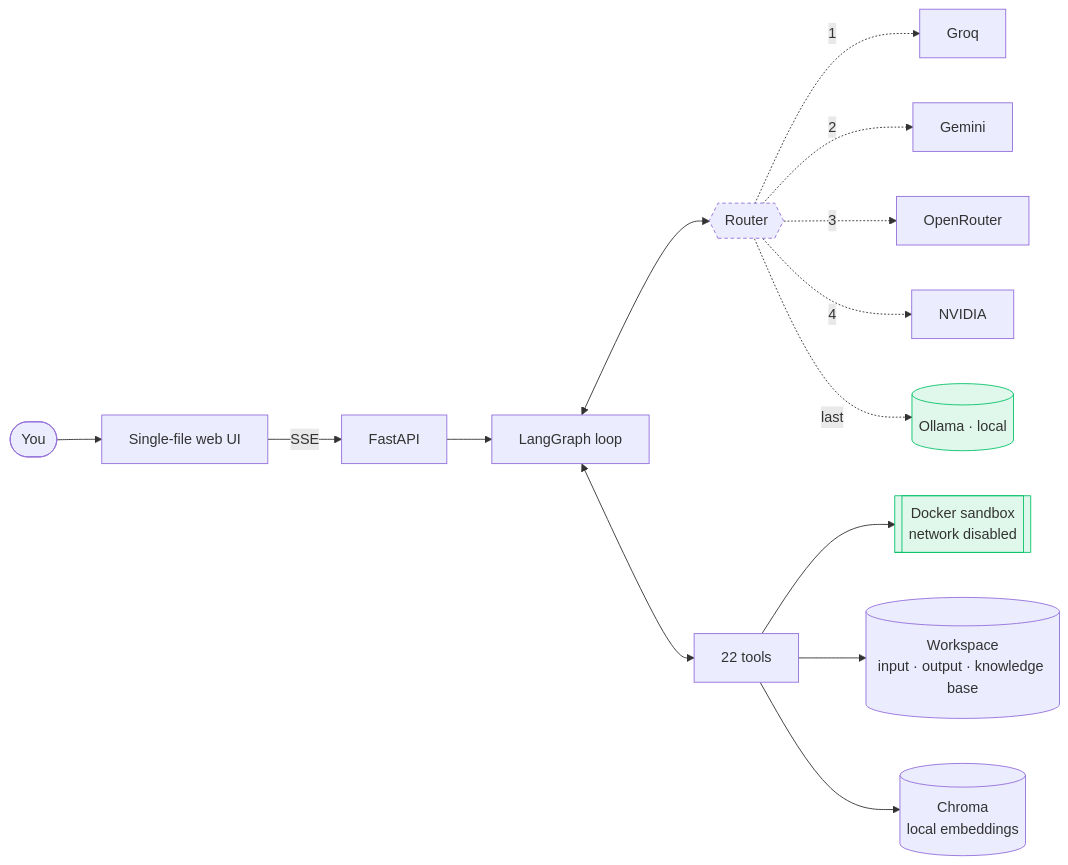
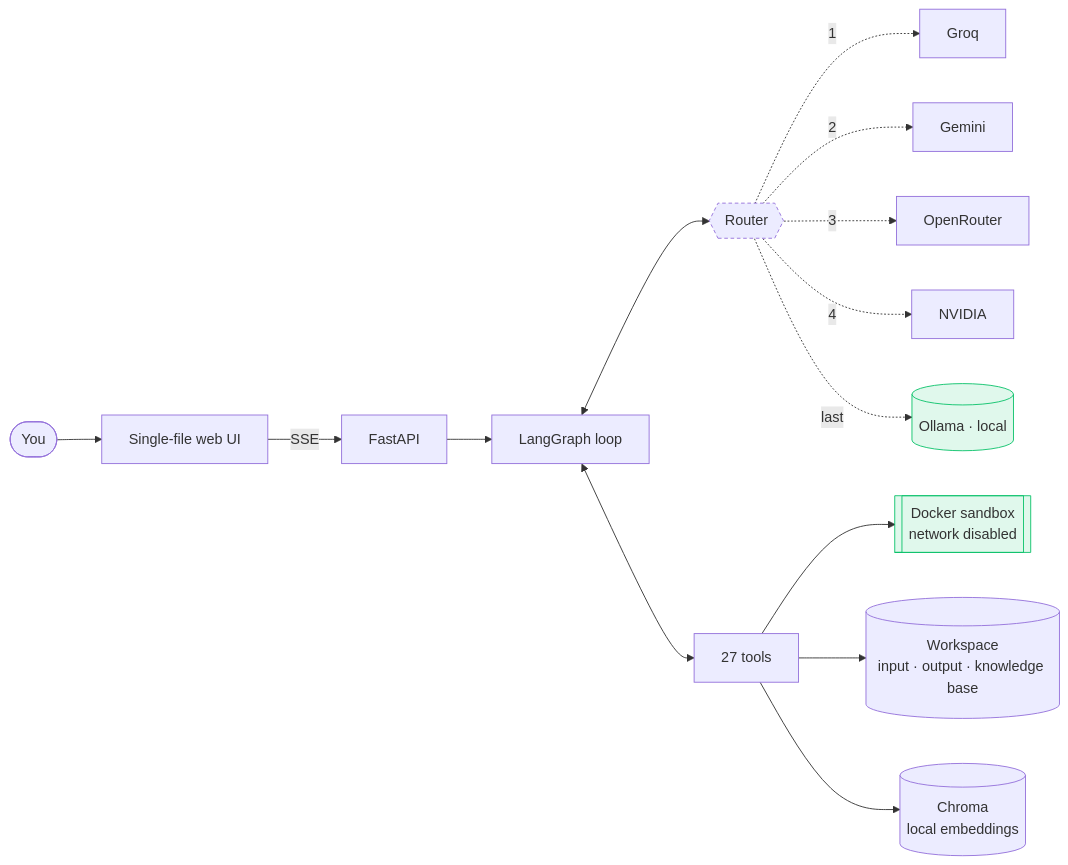
One commit to Karunya-Muddana/Native changed the diagram in README.md. Above: the diagram before and after it, drawn with Mermaid. The commit also changed other lines of this file and 26 other files, not shown here.

````diff
--- a/README.md
+++ b/README.md
@@ -77,22 +79,22 @@
 ```mermaid
 flowchart LR
     U([You]) --> UI[Single-file web UI]
     UI -->|SSE| API[FastAPI]
     API --> G[LangGraph loop]
 
     G <--> R{{Router}}
     R -.->|1| GQ[Groq]
     R -.->|2| GM[Gemini]
     R -.->|3| OR[OpenRouter]
     R -.->|4| NV[NVIDIA]
     R -.->|last| OL[(Ollama · local)]
 
-    G <--> T[22 tools]
+    G <--> T[27 tools]
     T --> S[[Docker sandbox<br/>network disabled]]
     T --> W[(Workspace<br/>input · output · knowledge base)]
     T --> KB[(Chroma<br/>local embeddings)]
 
     style OL fill:#0bc26a20,stroke:#0bc26a
     style S fill:#0bc26a20,stroke:#0bc26a
     style R stroke-dasharray: 4 3
 ```
````
